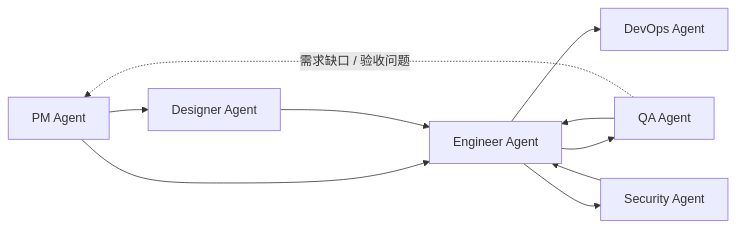
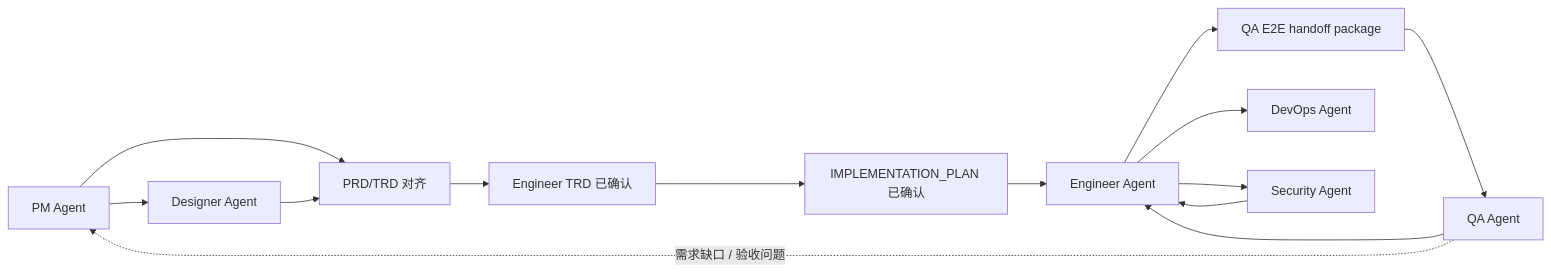
The diagram in README_zh.md (Neplich/dev-agent-skills), drawn with Mermaid before and after one commit. The commit also changed other lines of this file and 3 other files, not shown here.

````diff
--- a/README_zh.md
+++ b/README_zh.md
@@ -52,12 +52,16 @@
 ```mermaid
 flowchart LR
     PM["PM Agent"] --> Designer["Designer Agent"]
-    PM --> Engineer["Engineer Agent"]
-    Designer --> Engineer
-    Engineer --> QA["QA Agent"]
+    PM --> Align["PRD/TRD 对齐"]
+    Designer --> Align
+    Align --> TRD["Engineer TRD 已确认"]
+    TRD --> Plan["IMPLEMENTATION_PLAN 已确认"]
+    Plan --> Engineer["Engineer Agent"]
+    Engineer --> QAHandOff["QA E2E handoff package"]
+    QAHandOff --> QA["QA Agent"]
     QA --> Engineer
     QA -. "需求缺口 / 验收问题" .-> PM
     Engineer --> DevOps["DevOps Agent"]
     Engineer --> Security["Security Agent"]
     Security --> Engineer
 ```
````
